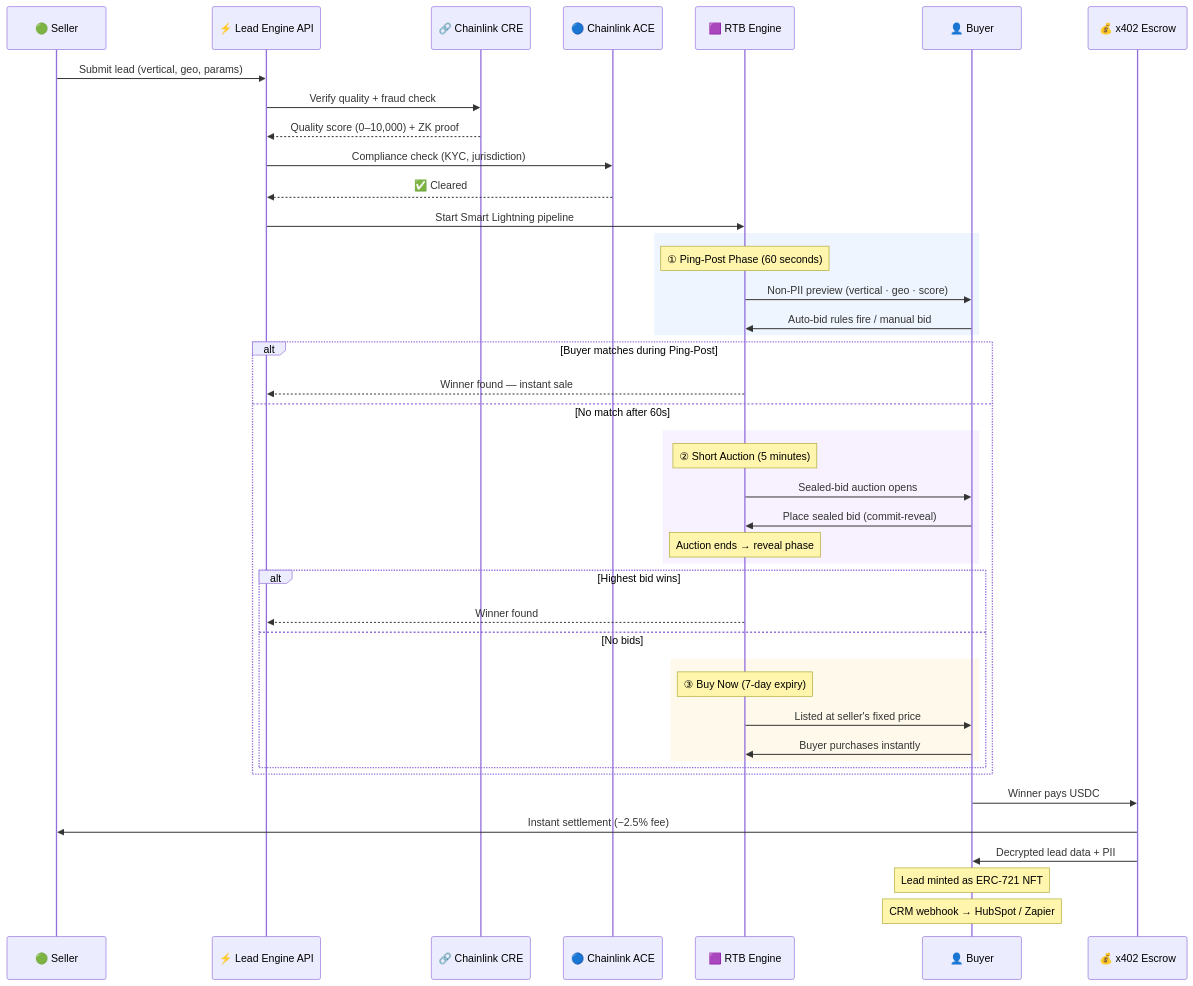
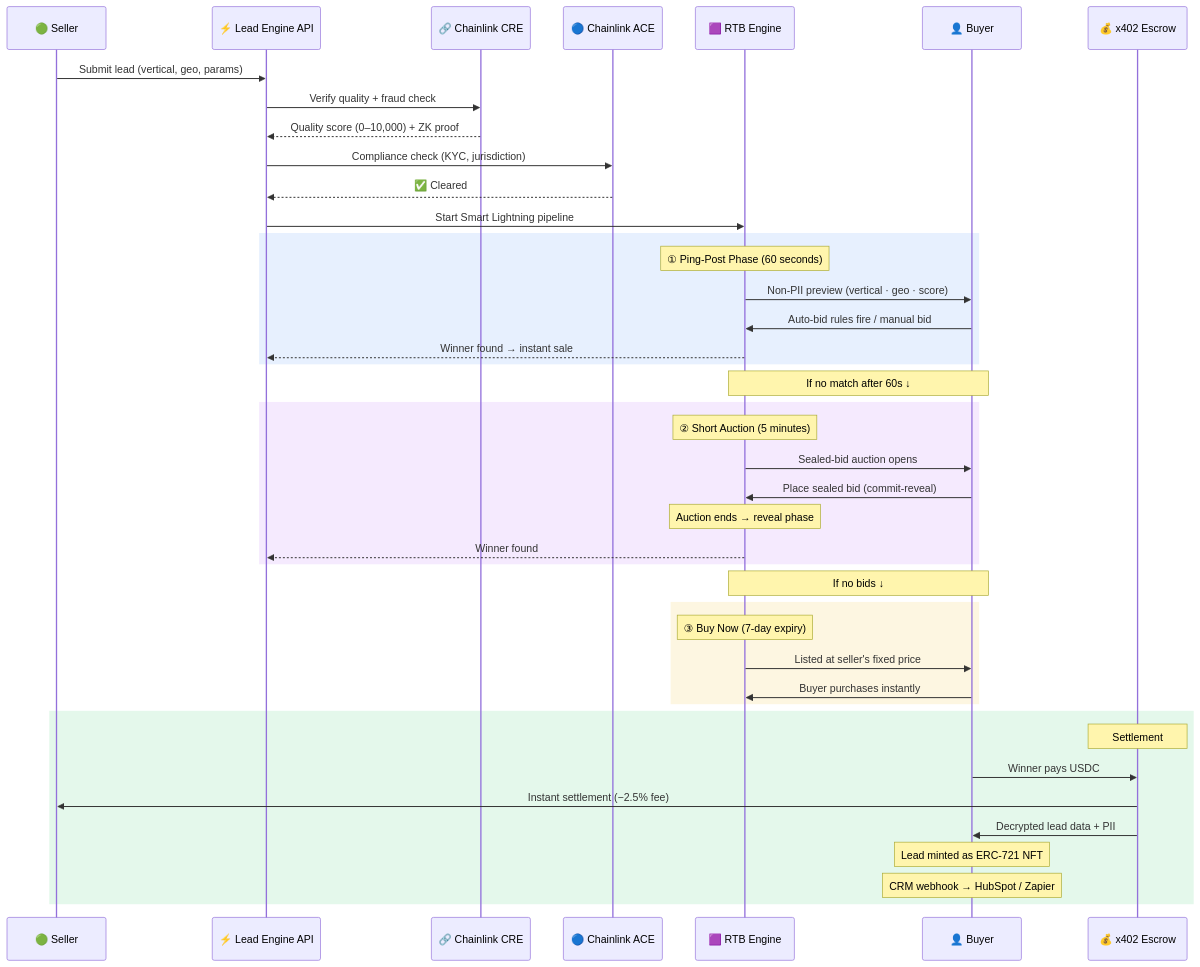
The first of 2 diagrams in README.md (bnmbnmai/lead-engine-cre), drawn with Mermaid before and after one commit.

Commit message:
docs: remove alt dashed lines, use colored rect backgrounds for each phase

````diff
--- a/README.md
+++ b/README.md
@@ -50,54 +50,54 @@
 ```mermaid
 sequenceDiagram
     participant S as 🟢 Seller
     participant API as ⚡ Lead Engine API
     participant CRE as 🔗 Chainlink CRE
     participant ACE as 🔵 Chainlink ACE
     participant RTB as 🟪 RTB Engine
     participant B as 👤 Buyer
     participant X as 💰 x402 Escrow
 
     S->>API: Submit lead (vertical, geo, params)
 
     API->>CRE: Verify quality + fraud check
     CRE-->>API: Quality score (0–10,000) + ZK proof
 
     API->>ACE: Compliance check (KYC, jurisdiction)
     ACE-->>API: ✅ Cleared
 
     API->>RTB: Start Smart Lightning pipeline
 
-    rect rgba(59, 130, 246, 0.08)
+    rect rgba(59, 130, 246, 0.12)
         Note over RTB: ① Ping-Post Phase (60 seconds)
         RTB->>B: Non-PII preview (vertical · geo · score)
         B->>RTB: Auto-bid rules fire / manual bid
+        RTB-->>API: Winner found → instant sale
     end
 
-    alt Buyer matches during Ping-Post
-        RTB-->>API: Winner found — instant sale
-    else No match after 60s
-        rect rgba(168, 85, 247, 0.08)
-            Note over RTB: ② Short Auction (5 minutes)
-            RTB->>B: Sealed-bid auction opens
-            B->>RTB: Place sealed bid (commit-reveal)
-            Note over RTB: Auction ends → reveal phase
-        end
+    Note over RTB,B: If no match after 60s ↓
 
-        alt Highest bid wins
-            RTB-->>API: Winner found
-        else No bids
-            rect rgba(234, 179, 8, 0.08)
-                Note over RTB: ③ Buy Now (7-day expiry)
-                RTB->>B: Listed at seller's fixed price
-                B->>RTB: Buyer purchases instantly
-            end
-        end
+    rect rgba(168, 85, 247, 0.12)
+        Note over RTB: ② Short Auction (5 minutes)
+        RTB->>B: Sealed-bid auction opens
+        B->>RTB: Place sealed bid (commit-reveal)
+        Note over RTB: Auction ends → reveal phase
+        RTB-->>API: Winner found
     end
 
-    B->>X: Winner pays USDC
-    X->>S: Instant settlement (−2.5% fee)
+    Note over RTB,B: If no bids ↓
 
-    X->>B: Decrypted lead data + PII
-    Note over B: Lead minted as ERC-721 NFT
-    Note over B: CRM webhook → HubSpot / Zapier
+    rect rgba(234, 179, 8, 0.12)
+        Note over RTB: ③ Buy Now (7-day expiry)
+        RTB->>B: Listed at seller's fixed price
+        B->>RTB: Buyer purchases instantly
+    end
+
+    rect rgba(34, 197, 94, 0.12)
+        Note over X: Settlement
+        B->>X: Winner pays USDC
+        X->>S: Instant settlement (−2.5% fee)
+        X->>B: Decrypted lead data + PII
+        Note over B: Lead minted as ERC-721 NFT
+        Note over B: CRM webhook → HubSpot / Zapier
+    end
 ```
````
